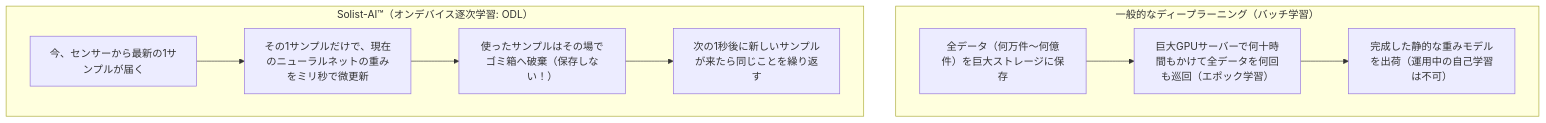
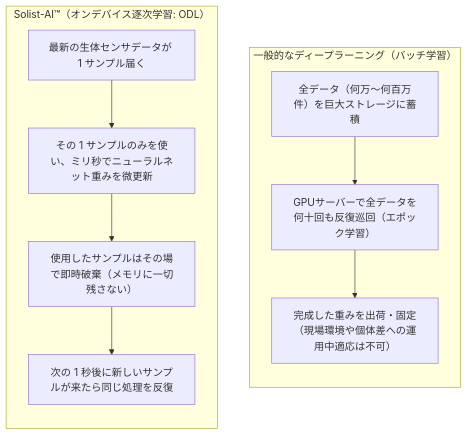
One commit to horned128/plant-doctor changed the first of 4 diagrams in docs/textbook/04_on_device_learning_mechanism.md. Above: the diagram before and after it, drawn with Mermaid. The commit also changed other lines of this file and 5 other files, not shown here.

````diff
--- a/docs/textbook/04_on_device_learning_mechanism.md
+++ b/docs/textbook/04_on_device_learning_mechanism.md
@@ -51,13 +15,15 @@
 ```mermaid
 flowchart TD
     subgraph BATCH["一般的なディープラーニング（バッチ学習）"]
-        B1["全データ（何万件〜何億件）を巨大ストレージに保存"] --> B2["巨大GPUサーバーで何十時間もかけて全データを何回も巡回（エポック学習）"]
-        B2 --> B3["完成した静的な重みモデルを出荷（運用中の自己学習は不可）"]
+        direction TB
+        B1["全データ（何万〜何百万件）を巨大ストレージに蓄積"] --> B2["GPUサーバーで全データを何十回も反復巡回（エポック学習）"]
+        B2 --> B3["完成した重みを出荷・固定<br/>（現場環境や個体差への運用中適応は不可）"]
     end
 
     subgraph ODL["Solist-AI™（オンデバイス逐次学習: ODL）"]
-        O1["今、センサーから最新の1サンプルが届く"] --> O2["その1サンプルだけで、現在のニューラルネットの重みをミリ秒で微更新"]
-        O2 --> O3["使ったサンプルはその場でゴミ箱へ破棄（保存しない！）"]
-        O3 --> O4["次の1秒後に新しいサンプルが来たら同じことを繰り返す"]
+        direction TB
+        O1["最新の生体センサデータが 1 サンプル届く"] --> O2["その 1 サンプルのみを使い、ミリ秒でニューラルネット重みを微更新"]
+        O2 --> O3["使用したサンプルはその場で即時破棄（メモリに一切残さない）"]
+        O3 --> O4["次の 1 秒後に新しいサンプルが来たら同じ処理を反復"]
     end
 ```
````
